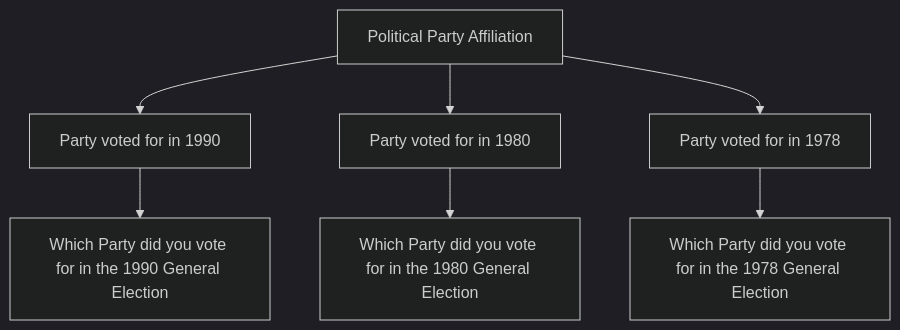
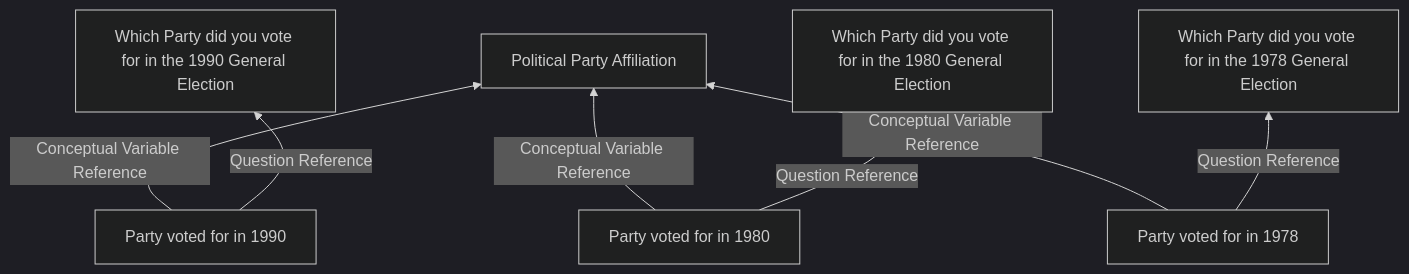
Before and after one commit to Making-Sense-Info/Varese: the eighth of 9 diagrams in workshops/comparison-overview.md, drawn with Mermaid (dark theme). The commit also changed other lines of this file, not shown here.

````diff
--- a/workshops/comparison-overview.md
+++ b/workshops/comparison-overview.md
@@ -66,9 +75,9 @@
 ```mermaid
-graph TB
-  PolConcept[Political Party Affiliation] --> Pol90Var[Party voted for in 1990]
-  PolConcept[Political Party Affiliation] --> Pol80Var[Party voted for in 1980]
-  PolConcept[Political Party Affiliation] --> Pol78Var[Party voted for in 1978]
-  Pol90Var[Party voted for in 1990] --> Pol90[Which Party did you vote for in the 1990 General Election]
-  Pol80Var[Party voted for in 1980] --> Pol80[Which Party did you vote for in the 1980 General Election]
-  Pol78Var[Party voted for in 1978] --> Pol78[Which Party did you vote for in the 1978 General Election]
+graph BT
+  Pol90Var[Party voted for in 1990] -- Conceptual Variable Reference -->  PolConcept[Political Party Affiliation]
+  Pol80Var[Party voted for in 1980] -- Conceptual Variable Reference -->  PolConcept[Political Party Affiliation]
+  Pol78Var[Party voted for in 1978] -- Conceptual Variable Reference -->  PolConcept[Political Party Affiliation]
+  Pol90Var[Party voted for in 1990] -- Question Reference --> Pol90[Which Party did you vote for in the 1990 General Election]
+  Pol80Var[Party voted for in 1980] -- Question Reference --> Pol80[Which Party did you vote for in the 1980 General Election]
+  Pol78Var[Party voted for in 1978]-- Question Reference  --> Pol78[Which Party did you vote for in the 1978 General Election]
 ```
````
